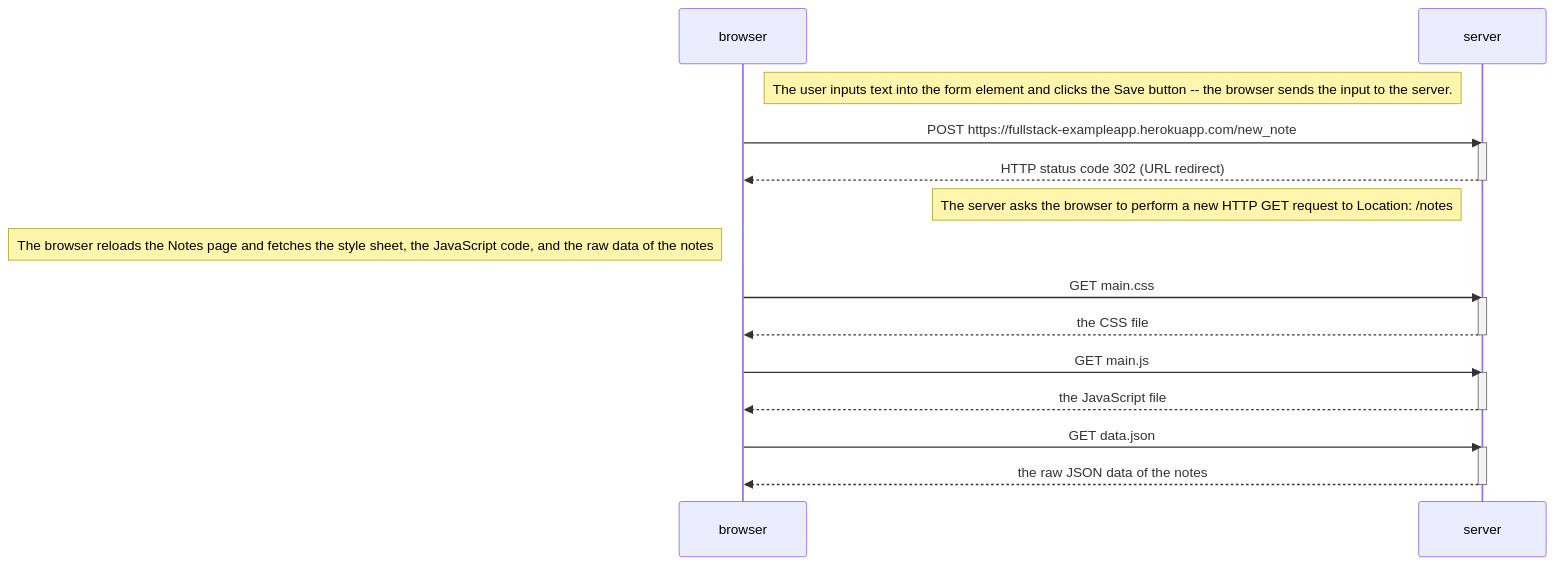
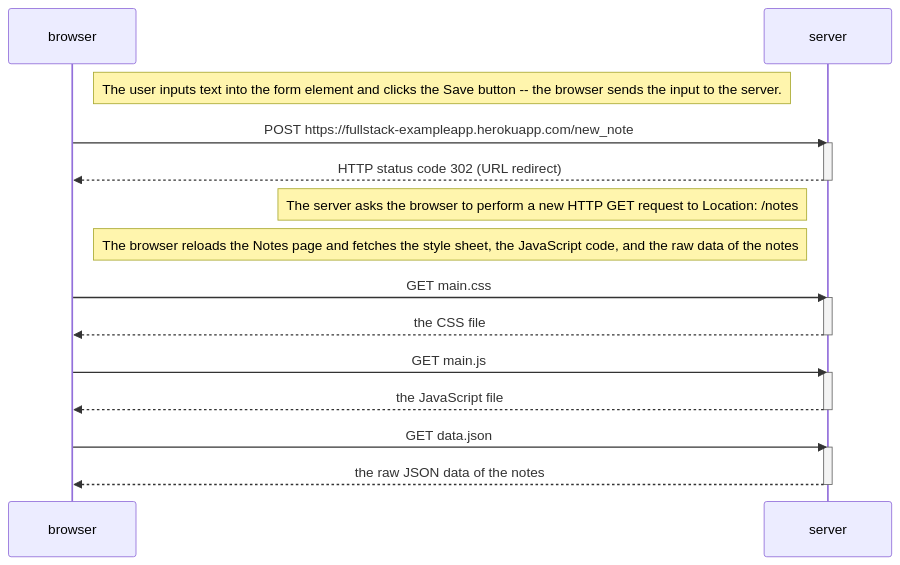
The diagram in part0/0.4.md (colbyramsay/fullstack-open), drawn with Mermaid before and after one commit.

Commit message:
Move note from left to right of browser

````diff
--- a/part0/0.4.md
+++ b/part0/0.4.md
@@ -1,31 +1,31 @@
 ```mermaid
 sequenceDiagram
     participant browser
     participant server
 
     Note right of browser: The user inputs text into the form element and clicks the Save button -- the browser sends the input to the server.
 
     browser->>server: POST https://fullstack-exampleapp.herokuapp.com/new_note
     activate server
     server-->>browser: HTTP status code 302 (URL redirect)
     deactivate server
 
     Note left of server: The server asks the browser to perform a new HTTP GET request to Location: /notes
 
-    Note left of browser: The browser reloads the Notes page and fetches the style sheet, the JavaScript code, and the raw data of the notes
+    Note right of browser: The browser reloads the Notes page and fetches the style sheet, the JavaScript code, and the raw data of the notes
     
     browser->>server: GET main.css
     activate server
     server-->>browser: the CSS file
     deactivate server
 
     browser->>server: GET main.js
     activate server
     server-->>browser: the JavaScript file
     deactivate server
 
     browser->>server: GET data.json
     activate server
     server-->>browser: the raw JSON data of the notes
     deactivate server
 ```
````
